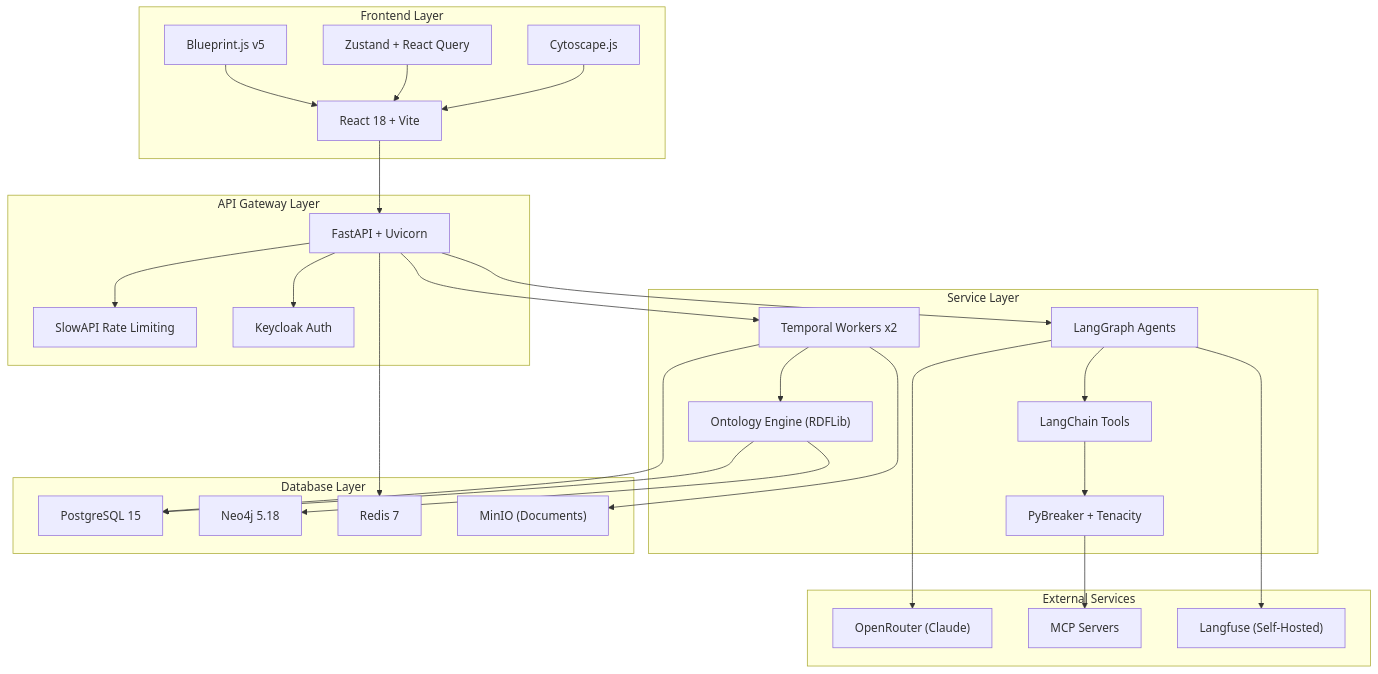
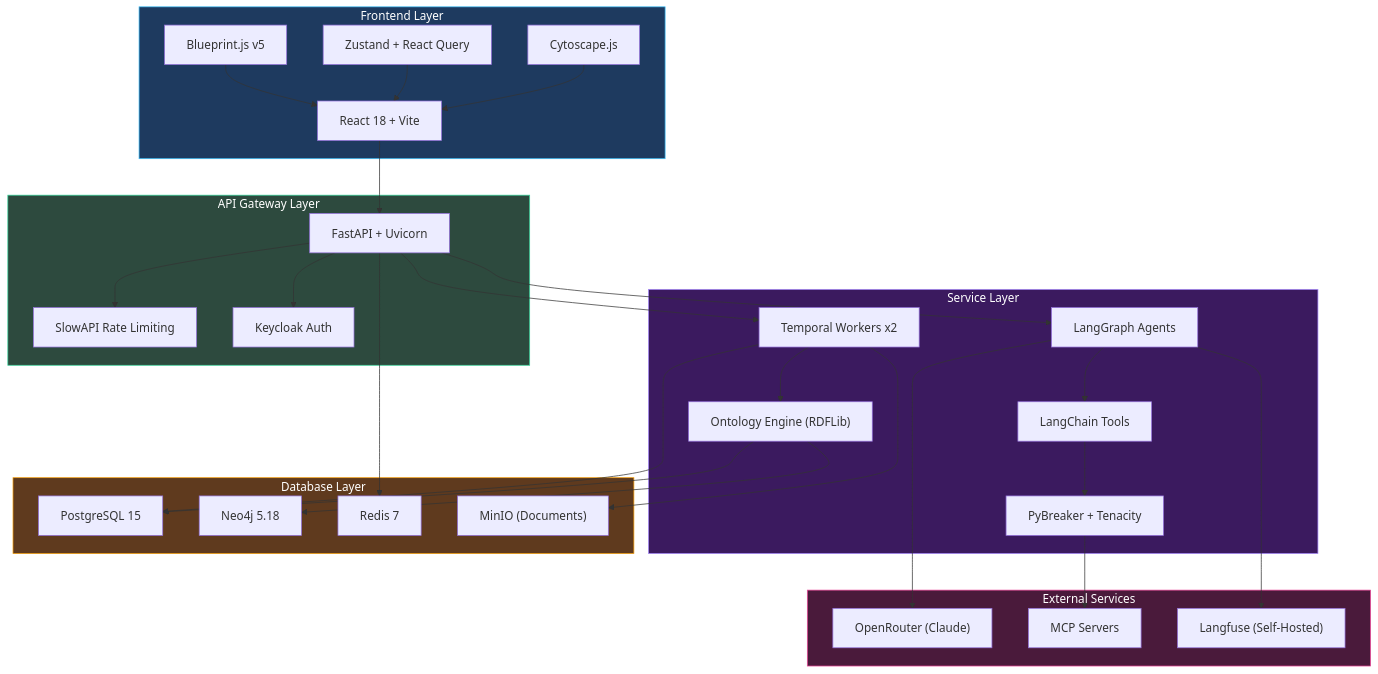
Before and after one commit to Tsunami-max/trust-relay-docs: the diagram in docs/atlas/tech-stack.md, drawn with Mermaid. The commit also changed other lines of this file and 54 other files, not shown here.

First line of the commit message:
docs: shared packages page, ADR-0037, updated metrics and architecture

````diff
--- a/docs/atlas/tech-stack.md
+++ b/docs/atlas/tech-stack.md
@@ -203,56 +248,62 @@
 ```mermaid
 graph TB
     subgraph Frontend["Frontend Layer"]
         UI["React 18 + Vite"]
         BP["Blueprint.js v5"]
         ZS["Zustand + React Query"]
         CY["Cytoscape.js"]
     end
 
     subgraph API["API Gateway Layer"]
         FA["FastAPI + Uvicorn"]
         SA["SlowAPI Rate Limiting"]
         KC["Keycloak Auth"]
     end
 
     subgraph Services["Service Layer"]
         LG["LangGraph Agents"]
         LC["LangChain Tools"]
         TW["Temporal Workers x2"]
         ON["Ontology Engine (RDFLib)"]
         PB["PyBreaker + Tenacity"]
     end
 
     subgraph Data["Database Layer"]
         PG["PostgreSQL 15"]
         N4["Neo4j 5.18"]
         RD["Redis 7"]
         MN["MinIO (Documents)"]
     end
 
     subgraph External["External Services"]
         OR["OpenRouter (Claude)"]
         MCP["MCP Servers"]
         LF["Langfuse (Self-Hosted)"]
     end
 
     UI --> FA
     BP --> UI
     ZS --> UI
     CY --> UI
     FA --> SA
     FA --> KC
     FA --> LG
     FA --> TW
     LG --> LC
     LC --> PB
     PB --> MCP
     TW --> ON
     LG --> OR
     LG --> LF
     TW --> PG
     ON --> PG
     ON --> N4
     TW --> MN
     FA --> RD
+
+    style Frontend fill:#1e3a5f,stroke:#38bdf8,color:#fff
+    style API fill:#2d4a3e,stroke:#34d399,color:#fff
+    style Services fill:#3b1a5f,stroke:#a78bfa,color:#fff
+    style Data fill:#5f3a1e,stroke:#f59e0b,color:#fff
+    style External fill:#4a1a3b,stroke:#ec4899,color:#fff
 ```
````
